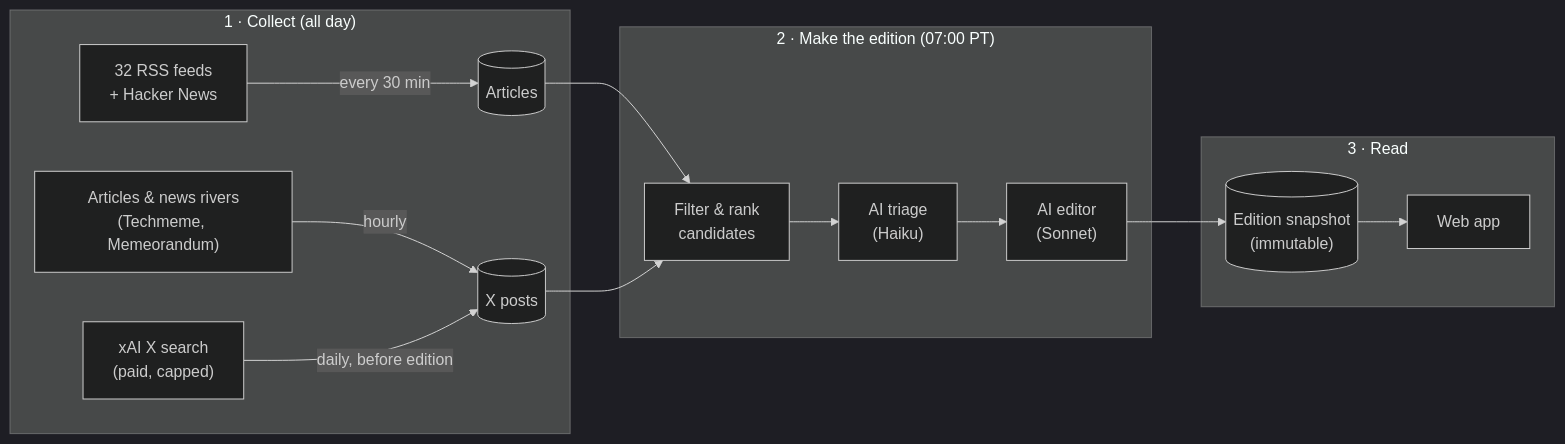
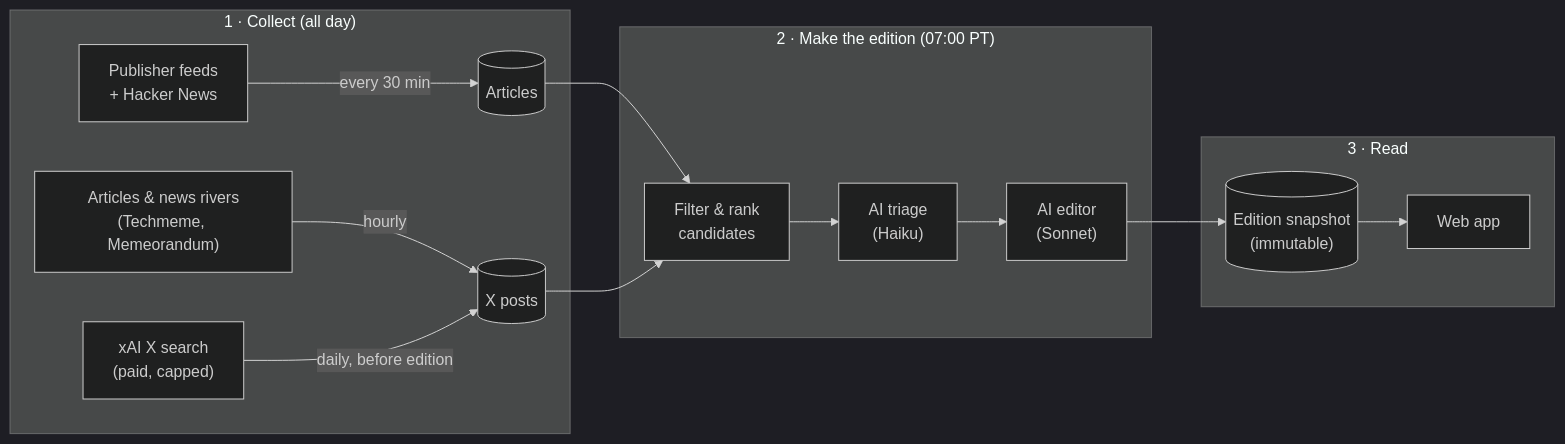
Before and after one commit to EmmadUsmani/news-digest: the diagram in docs/handbook/01-app/README.md, drawn with Mermaid (dark theme). The commit also changed other lines of this file and 8 other files, not shown here.

````diff
--- a/docs/handbook/01-app/README.md
+++ b/docs/handbook/01-app/README.md
@@ -8,17 +8,17 @@
 ```mermaid
 flowchart LR
   subgraph collect["1 · Collect (all day)"]
-    rss["32 RSS feeds<br/>+ Hacker News"] -->|every 30 min| articles[("Articles")]
+    rss["Publisher feeds<br/>+ Hacker News"] -->|every 30 min| articles[("Articles")]
     rivers["Articles & news rivers<br/>(Techmeme, Memeorandum)"] -->|hourly| xlinks[("X posts")]
     xai["xAI X search<br/>(paid, capped)"] -->|daily, before edition| xlinks
   end
   subgraph make["2 · Make the edition (07:00 PT)"]
     pick["Filter & rank<br/>candidates"] --> triage["AI triage<br/>(Haiku)"] --> edit["AI editor<br/>(Sonnet)"]
   end
   subgraph read["3 · Read"]
     snap[("Edition snapshot<br/>(immutable)")] --> ui["Web app"]
   end
   articles --> pick
   xlinks --> pick
   edit --> snap
 ```
````
